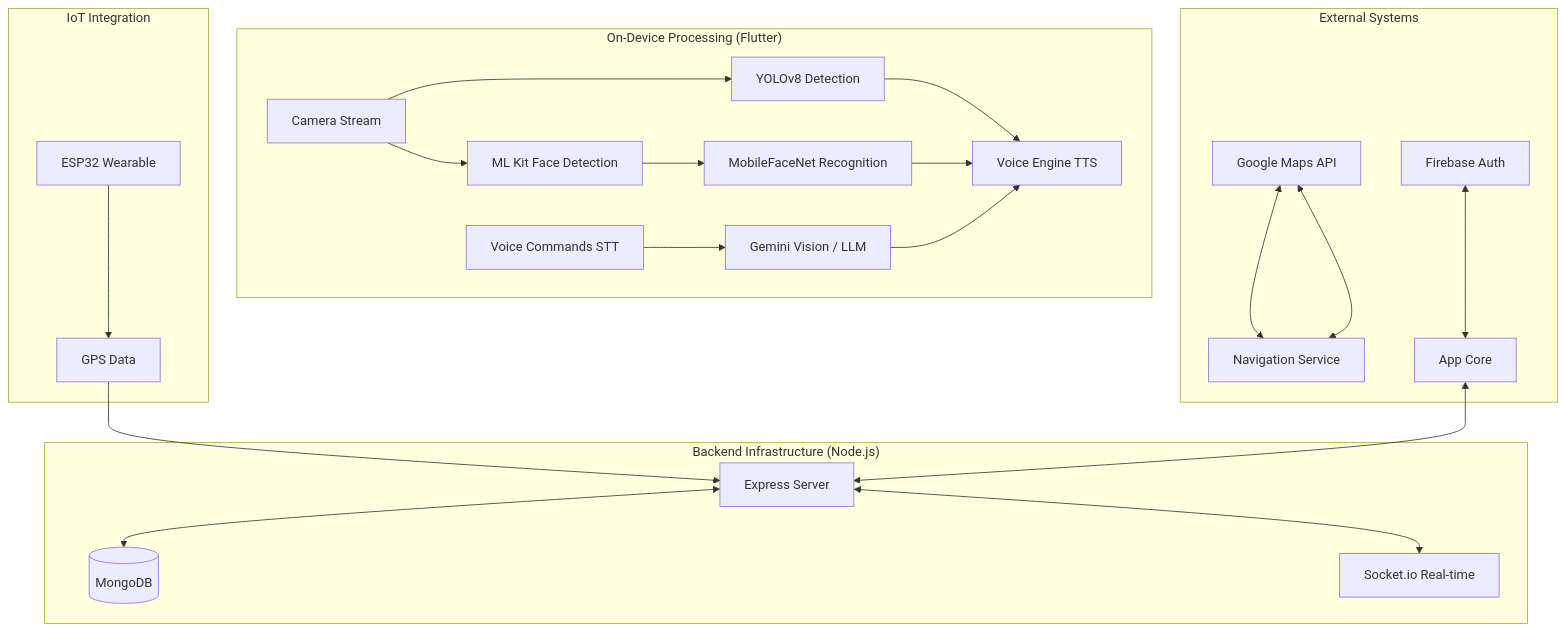
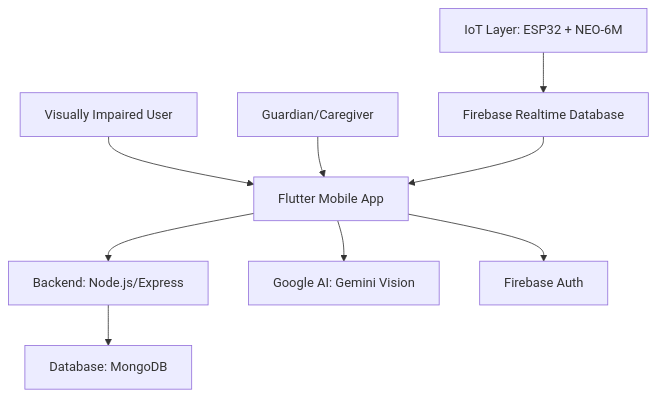
Before and after one commit to Anudeep2005/CogniVision: the diagram in README.md, drawn with Mermaid. The commit also changed other lines of this file, not shown here.

````diff
--- a/README.md
+++ b/README.md
@@ -28,30 +9,11 @@
 ```mermaid
 graph TD
-    subgraph "On-Device Processing (Flutter)"
-        A[Camera Stream] --> B[YOLOv8 Detection]
-        A --> C[ML Kit Face Detection]
-        C --> D[MobileFaceNet Recognition]
-        B --> E[Voice Engine TTS]
-        D --> E
-        F[Voice Commands STT] --> G[Gemini Vision / LLM]
-        G --> E
-    end
-
-    subgraph "External Systems"
-        H[Google Maps API] <--> I[Navigation Service]
-        J[Firebase Auth] <--> K[App Core]
-    end
-
-    subgraph "Backend Infrastructure (Node.js)"
-        L[Express Server] <--> M[(MongoDB)]
-        L <--> N[Socket.io Real-time]
-    end
-
-    subgraph "IoT Integration"
-        O[ESP32 Wearable] --> P[GPS Data]
-        P --> L
-    end
-
-    K <--> L
-    I <--> H
+    A[Visually Impaired User] --> B[Flutter Mobile App]
+    C[Guardian/Caregiver] --> B
+    D[IoT Layer: ESP32 + NEO-6M] --> E[Firebase Realtime Database]
+    E --> B
+    B --> F[Backend: Node.js/Express]
+    F --> G[Database: MongoDB]
+    B --> H[Google AI: Gemini Vision]
+    B --> I[Firebase Auth]
 ```
````
